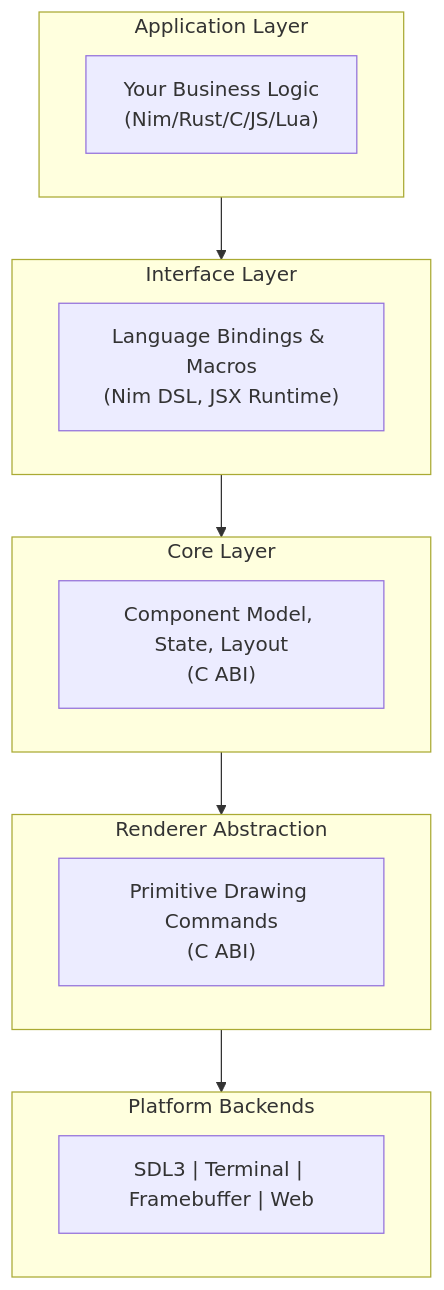
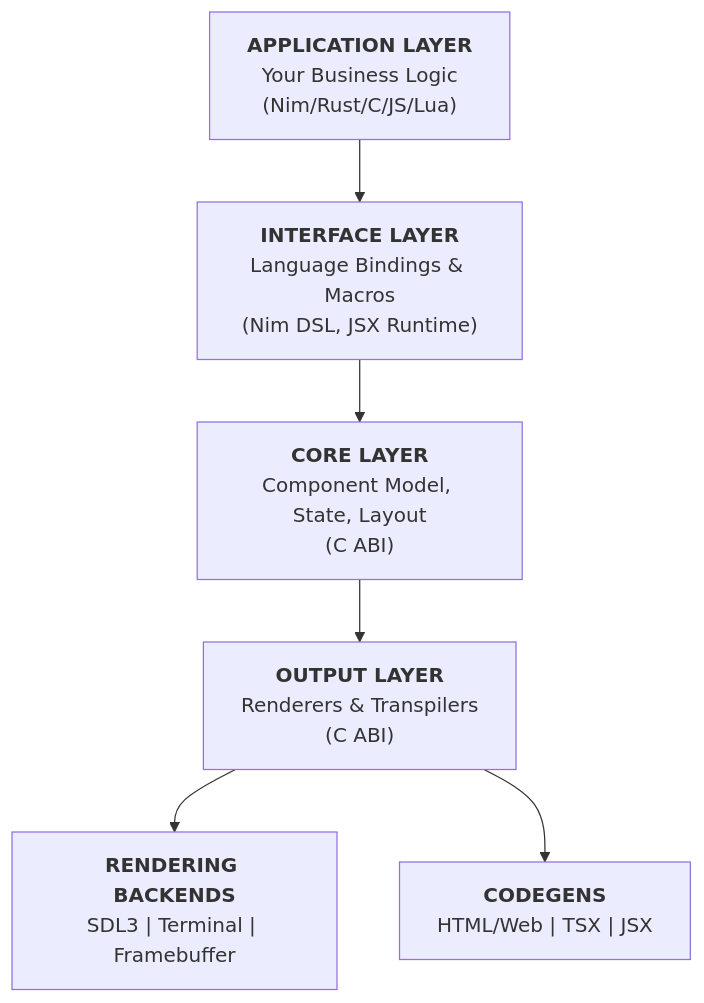
One commit to kryonlabs/website changed the third of 4 diagrams in docs/architecture.md. Above: the diagram before and after it, drawn with Mermaid. The commit also changed other lines of this file and 17 other files, not shown here.

````diff
--- a/docs/architecture.md
+++ b/docs/architecture.md
@@ -109,24 +132,15 @@
 ```mermaid
 flowchart TB
-    subgraph L1["Application Layer"]
-        App["Your Business Logic<br/>(Nim/Rust/C/JS/Lua)"]
-    end
+    L1["<b>APPLICATION LAYER</b><br/>Your Business Logic<br/>(Nim/Rust/C/JS/Lua)"]
+    L2["<b>INTERFACE LAYER</b><br/>Language Bindings & Macros<br/>(Nim DSL, JSX Runtime)"]
+    L3["<b>CORE LAYER</b><br/>Component Model, State, Layout<br/>(C ABI)"]
+    L4["<b>OUTPUT LAYER</b><br/>Renderers & Transpilers<br/>(C ABI)"]
+    L5A["<b>RENDERING BACKENDS</b><br/>SDL3 | Terminal | Framebuffer"]
+    L5B["<b>CODEGENS</b><br/>HTML/Web | TSX | JSX"]
 
-    subgraph L2["Interface Layer"]
-        Bindings["Language Bindings & Macros<br/>(Nim DSL, JSX Runtime)"]
-    end
-
-    subgraph L3["Core Layer"]
-        Core2["Component Model, State, Layout<br/>(C ABI)"]
-    end
-
-    subgraph L4["Renderer Abstraction"]
-        Primitives["Primitive Drawing Commands<br/>(C ABI)"]
-    end
-
-    subgraph L5["Platform Backends"]
-        Platforms["SDL3 | Terminal | Framebuffer | Web"]
-    end
-
-    L1 --> L2 --> L3 --> L4 --> L5
+    L1 --> L2
+    L2 --> L3
+    L3 --> L4
+    L4 --> L5A
+    L4 --> L5B
 ```
````
